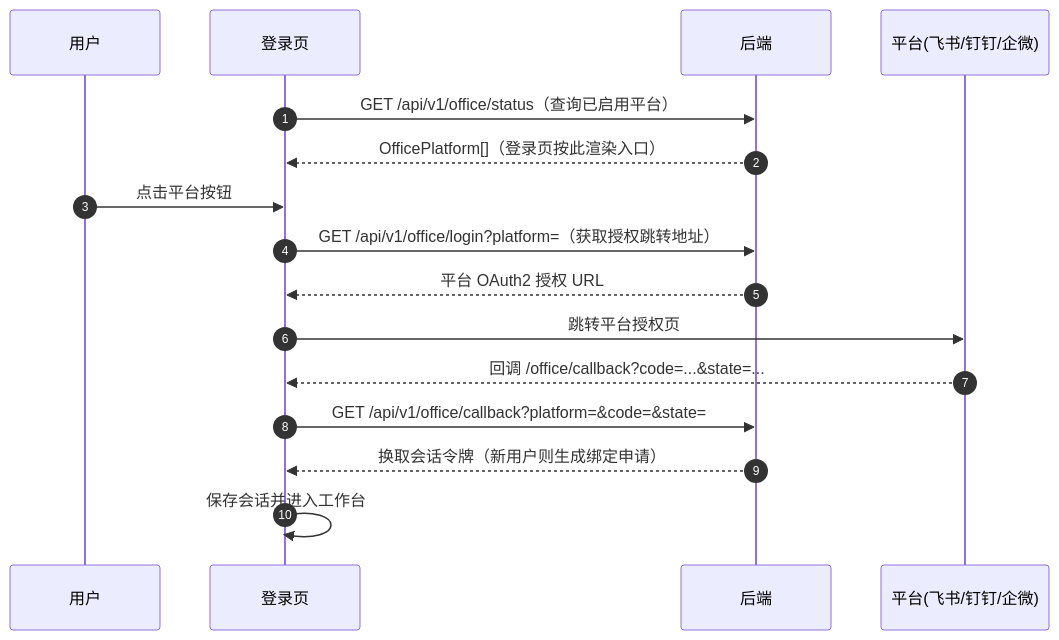
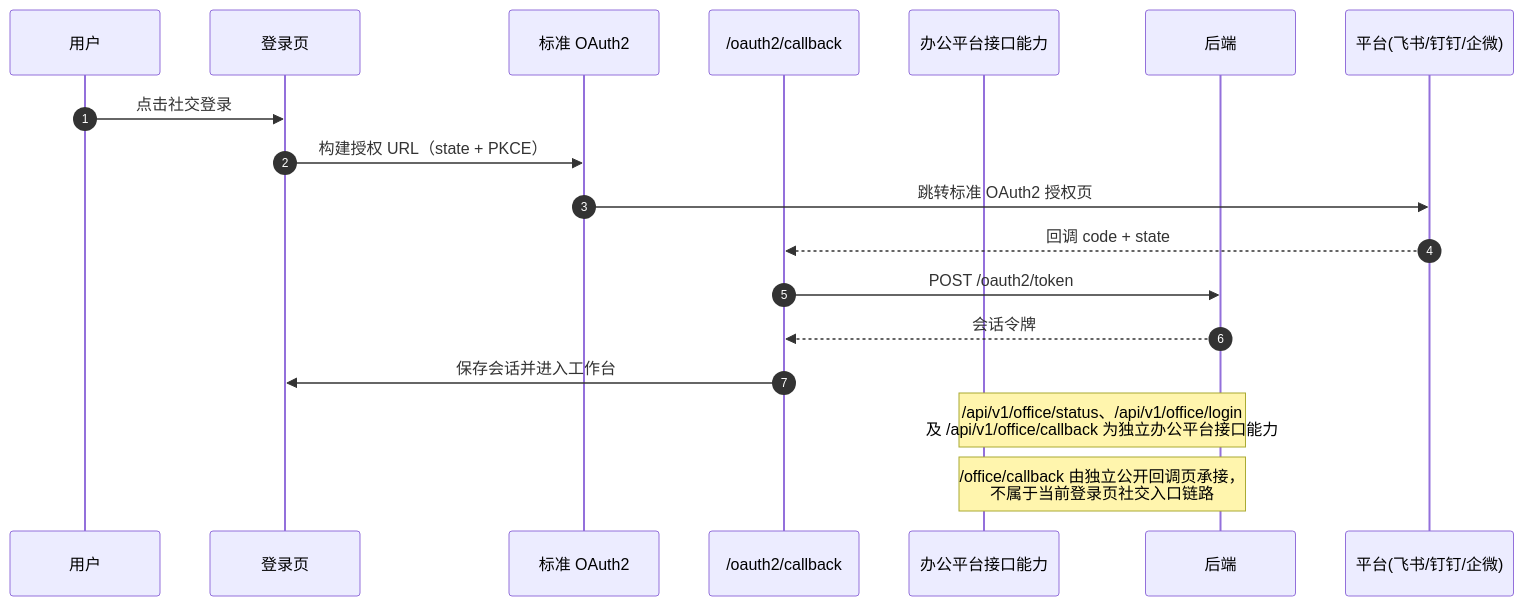
The fifth of 6 diagrams in docs/architecture/auth-and-routing.md (apex-cloud-service/apex-admin-web), drawn with Mermaid before and after one commit. The commit also changed other lines of this file and 9 other files, not shown here.

````diff
--- a/docs/architecture/auth-and-routing.md
+++ b/docs/architecture/auth-and-routing.md
@@ -157,19 +157,21 @@
 ```mermaid
 sequenceDiagram
     autonumber
     participant U as 用户
-    participant L as 登录页
+    participant LP as 登录页
+    participant OA as 标准 OAuth2
+    participant OC as /oauth2/callback
+    participant OI as 办公平台接口能力
     participant B as 后端
     participant P as 平台(飞书/钉钉/企微)
 
-    L->>B: GET /api/v1/office/status（查询已启用平台）
-    B-->>L: OfficePlatform[]（登录页按此渲染入口）
-    U->>L: 点击平台按钮
-    L->>B: GET /api/v1/office/login?platform=（获取授权跳转地址）
-    B-->>L: 平台 OAuth2 授权 URL
-    L->>P: 跳转平台授权页
-    P-->>L: 回调 /office/callback?code=...&state=...
-    L->>B: GET /api/v1/office/callback?platform=&code=&state=
-    B-->>L: 换取会话令牌（新用户则生成绑定申请）
-    L->>L: 保存会话并进入工作台
+    U->>LP: 点击社交登录
+    LP->>OA: 构建授权 URL（state + PKCE）
+    OA->>P: 跳转标准 OAuth2 授权页
+    P-->>OC: 回调 code + state
+    OC->>B: POST /oauth2/token
+    B-->>OC: 会话令牌
+    OC->>LP: 保存会话并进入工作台
+    Note over OI,B: /api/v1/office/status、/api/v1/office/login<br/>及 /api/v1/office/callback 为独立办公平台接口能力
+    Note over OI,B: /office/callback 由独立公开回调页承接，<br/>不属于当前登录页社交入口链路
 ```
````
